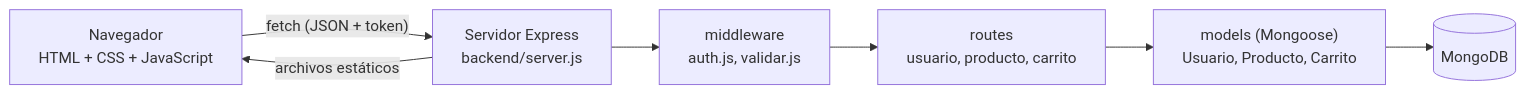
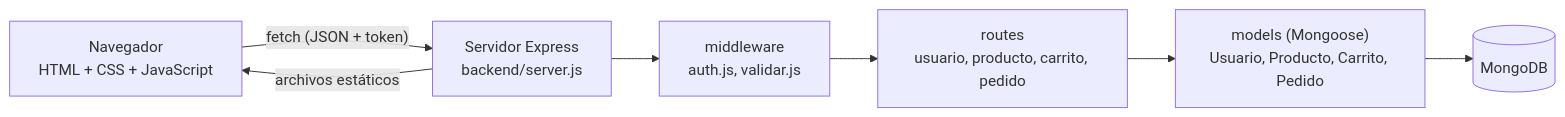
One commit to Hadna-gga/POW changed the first of 3 diagrams in docs/modelo-general.md. Above: the diagram before and after it, drawn with Mermaid. The commit also changed other lines of this file and 7 other files, not shown here.

````diff
--- a/docs/modelo-general.md
+++ b/docs/modelo-general.md
@@ -5,9 +5,9 @@
 ```mermaid
 flowchart LR
     N["Navegador<br/>HTML + CSS + JavaScript"] -->|"fetch (JSON + token)"| E["Servidor Express<br/>backend/server.js"]
     E -->|"archivos estáticos"| N
     E --> M["middleware<br/>auth.js, validar.js"]
-    M --> R["routes<br/>usuario, producto, carrito"]
-    R --> O["models (Mongoose)<br/>Usuario, Producto, Carrito"]
+    M --> R["routes<br/>usuario, producto, carrito, pedido"]
+    R --> O["models (Mongoose)<br/>Usuario, Producto, Carrito, Pedido"]
     O --> D[("MongoDB")]
 ```
````
